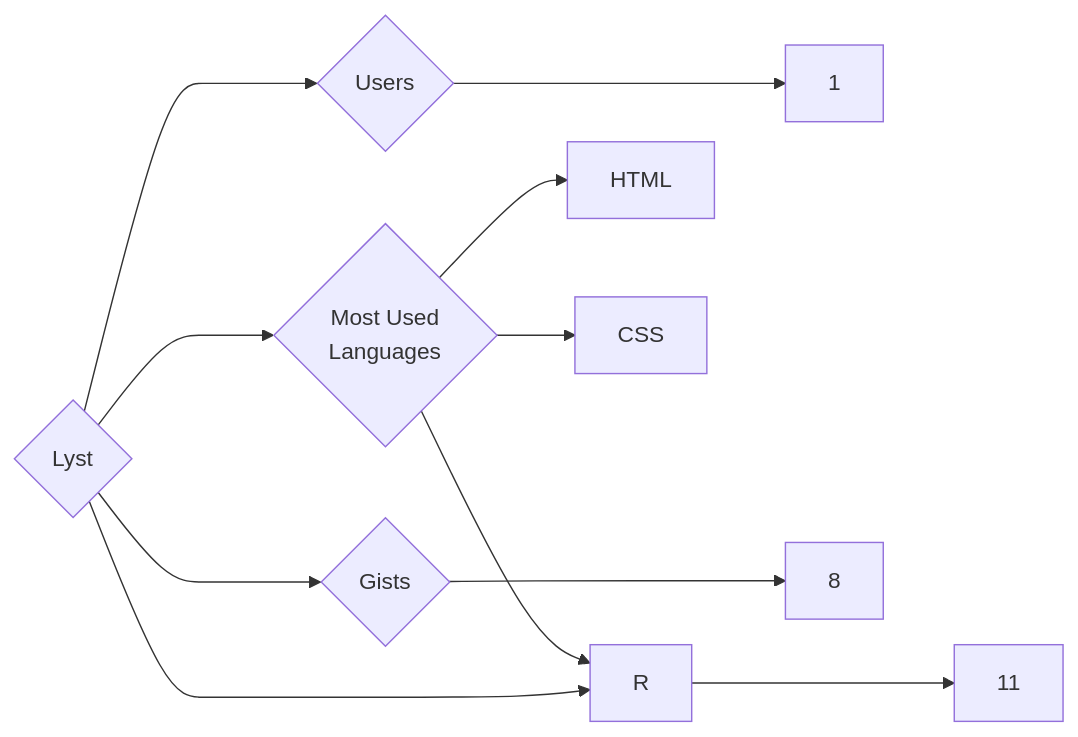
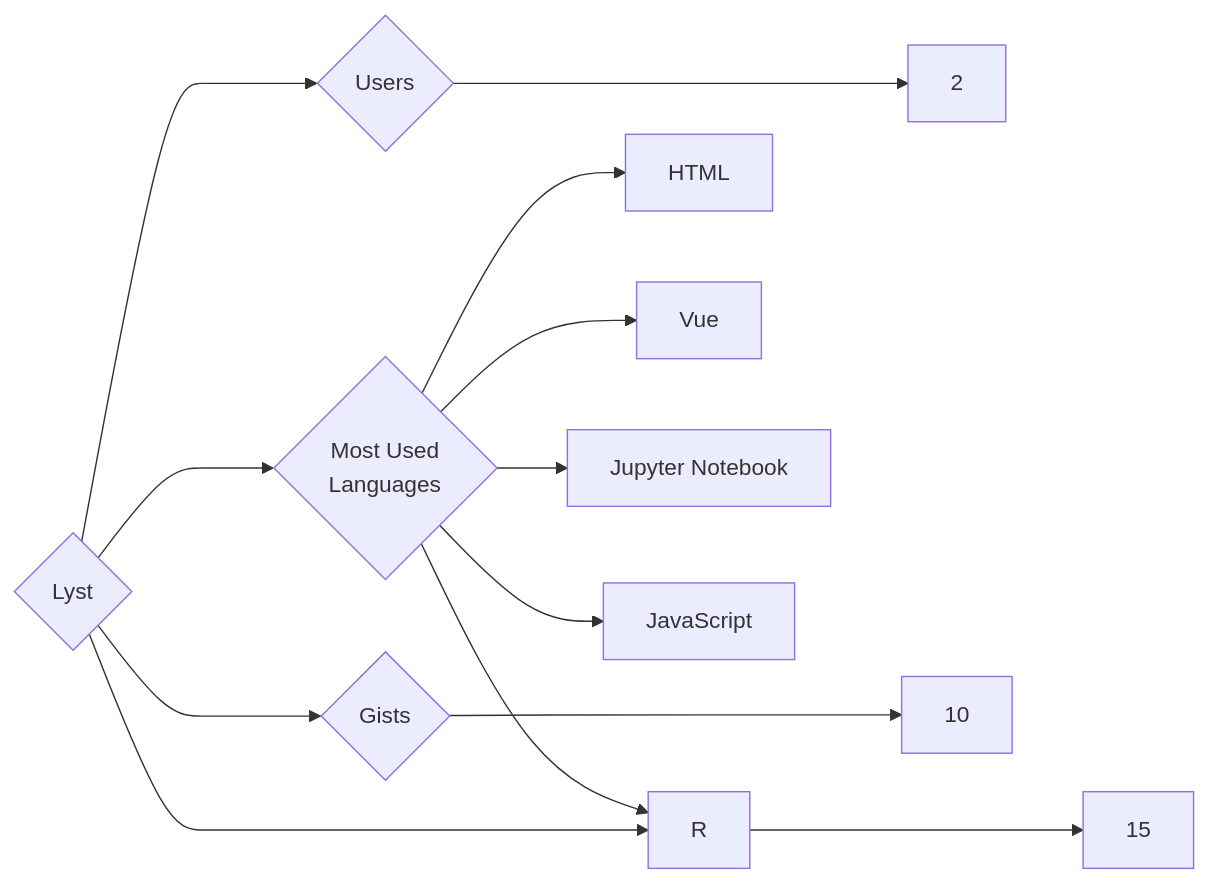
Before and after one commit to trickest/insiders: the diagram in targets/Lyst/README.md, drawn with Mermaid. The commit also changed 797 other files, not shown here.

````diff
--- a/targets/Lyst/README.md
+++ b/targets/Lyst/README.md
@@ -3,11 +3,13 @@
 ```mermaid
 graph LR
 COMPANY_NAME{Lyst}
-COMPANY_NAME ---> U{Users} ---> UN[1]
-COMPANY_NAME ---> R{Repositories} ---> RN[11]
-COMPANY_NAME ---> G{Gists} ---> GN[8]
+COMPANY_NAME ---> U{Users} ---> UN[2]
+COMPANY_NAME ---> R{Repositories} ---> RN[15]
+COMPANY_NAME ---> G{Gists} ---> GN[10]
 COMPANY_NAME ---> ML{Most Used<br>Languages}
 ML --> HTML[HTML]
 ML --> R[R]
-ML --> CSS[CSS]
+ML --> Vue[Vue]
+ML --> Jupyter_Notebook[Jupyter Notebook]
+ML --> JavaScript[JavaScript]
 ```
````
